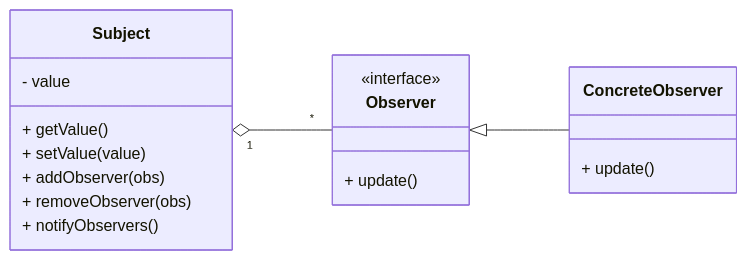
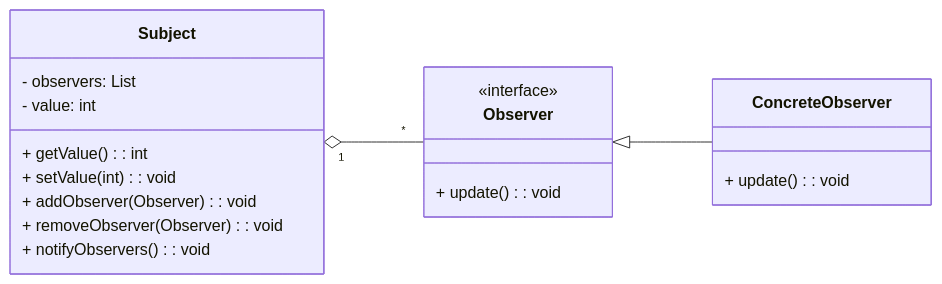
One commit to bidursapkota00/Design-Patterns changed the ninth of 15 diagrams in README.md. Above: the diagram before and after it, drawn with Mermaid. The commit also changed other lines of this file, not shown here.

````diff
--- a/README.md
+++ b/README.md
@@ -466,25 +483,26 @@
 ```mermaid
 %%{init: { "flowchart": { "rankSpacing": 100, "nodeSpacing": 100 }}}%%
 classDiagram
 direction LR
 class Subject {
-    - value
-    + getValue()
-    + setValue(value)
-    + addObserver(obs)
-    + removeObserver(obs)
-    + notifyObservers()
+    - observers: List
+    - value: int
+    + getValue(): int
+    + setValue(int): void
+    + addObserver(Observer): void
+    + removeObserver(Observer): void
+    + notifyObservers(): void
 }
 
 class Observer {
     <<interface>>
-    + update()
+    + update(): void
 }
 
 class ConcreteObserver {
-    + update()
+    + update(): void
 }
 
 Subject "1" o-- "*" Observer
 Observer <|-- ConcreteObserver
 ```
````
